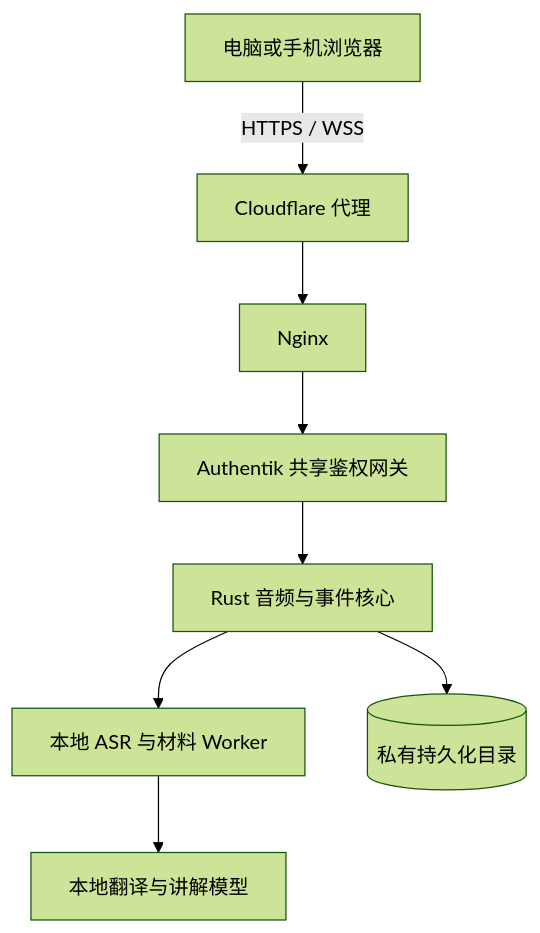
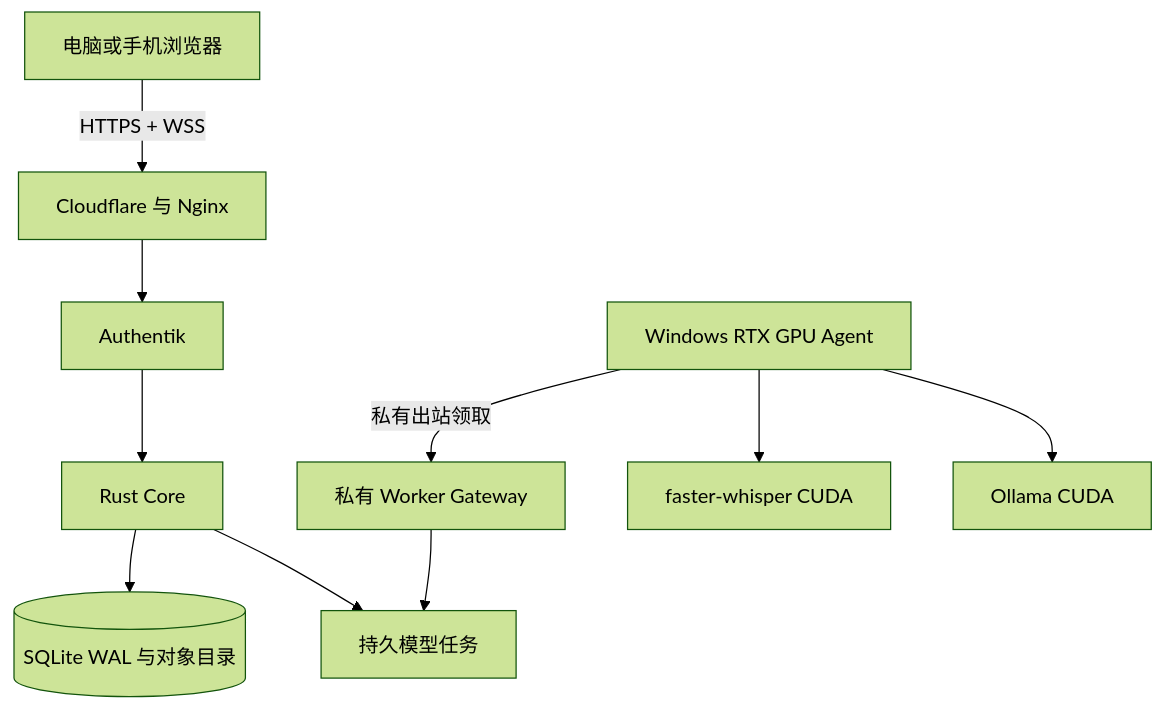
The diagram in deploy/README.md (AIALRA-0/AIALRA-LIVE-TRANSLATE), drawn with Mermaid (forest theme) before and after one commit. The commit also changed other lines of this file and 50 other files, not shown here.

Commit message:
feat: add durable private RTX GPU processing

````diff
--- a/deploy/README.md
+++ b/deploy/README.md
@@ -7,10 +9,12 @@
 ```mermaid
 flowchart TD
-  Browser[电脑或手机浏览器] -->|HTTPS / WSS| CF[Cloudflare 代理]
-  CF --> Nginx[Nginx]
-  Nginx --> Auth[Authentik 共享鉴权网关]
-  Auth --> Core[Rust 音频与事件核心]
-  Core --> Worker[本地 ASR 与材料 Worker]
-  Worker --> Ollama[本地翻译与讲解模型]
-  Core --> Data[(私有持久化目录)]
+  Browser[电脑或手机浏览器] -->|HTTPS + WSS| Edge[Cloudflare 与 Nginx]
+  Edge --> Auth[Authentik]
+  Auth --> Core[Rust Core]
+  Core --> Data[(SQLite WAL 与对象目录)]
+  Core --> Queue[持久模型任务]
+  Agent[Windows RTX GPU Agent] -->|私有出站领取| Gateway[私有 Worker Gateway]
+  Gateway --> Queue
+  Agent --> ASR[faster-whisper CUDA]
+  Agent --> LLM[Ollama CUDA]
 ```
````
